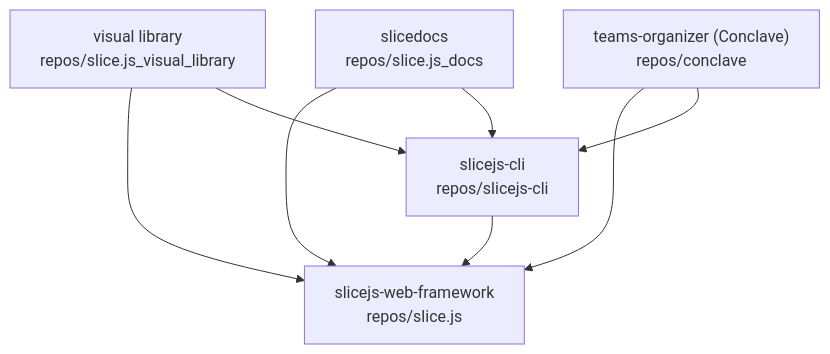
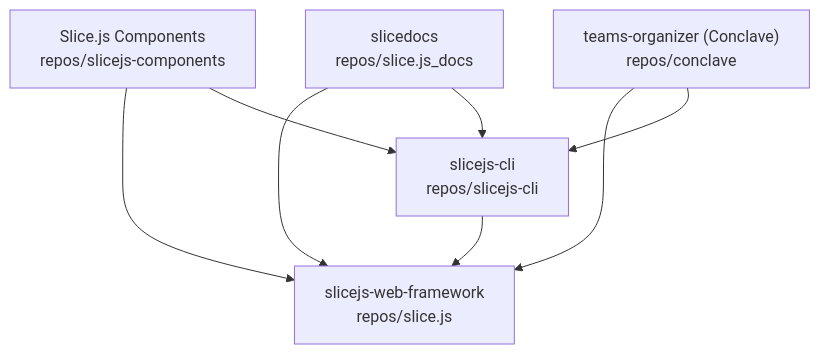
The diagram in CONTEXT.md (VKneider/slicejs-workspace), drawn with Mermaid before and after one commit. The commit also changed other lines of this file and 16 other files, not shown here.

Commit message:
chore!: rename components repo to slicejs-components

````diff
--- a/CONTEXT.md
+++ b/CONTEXT.md
@@ -39,16 +39,16 @@
 ```mermaid
 graph TD
   FW["slicejs-web-framework<br/>repos/slice.js"]
   CLI["slicejs-cli<br/>repos/slicejs-cli"]
-  VL["visual library<br/>repos/slice.js_visual_library"]
+  VL["Slice.js Components<br/>repos/slicejs-components"]
   DOCS["slicedocs<br/>repos/slice.js_docs"]
   CON["teams-organizer (Conclave)<br/>repos/conclave"]
 
   CLI --> FW
   VL --> FW
   VL --> CLI
   DOCS --> FW
   DOCS --> CLI
   CON --> FW
   CON --> CLI
 ```
````
